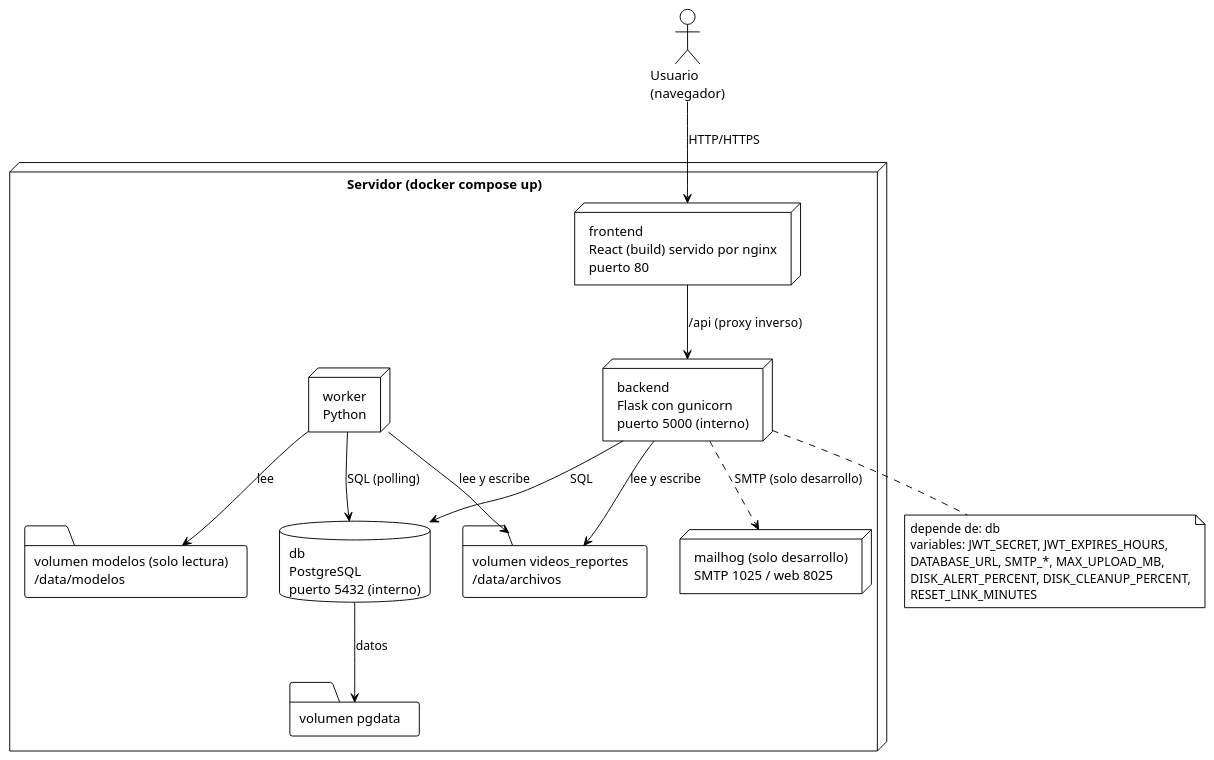
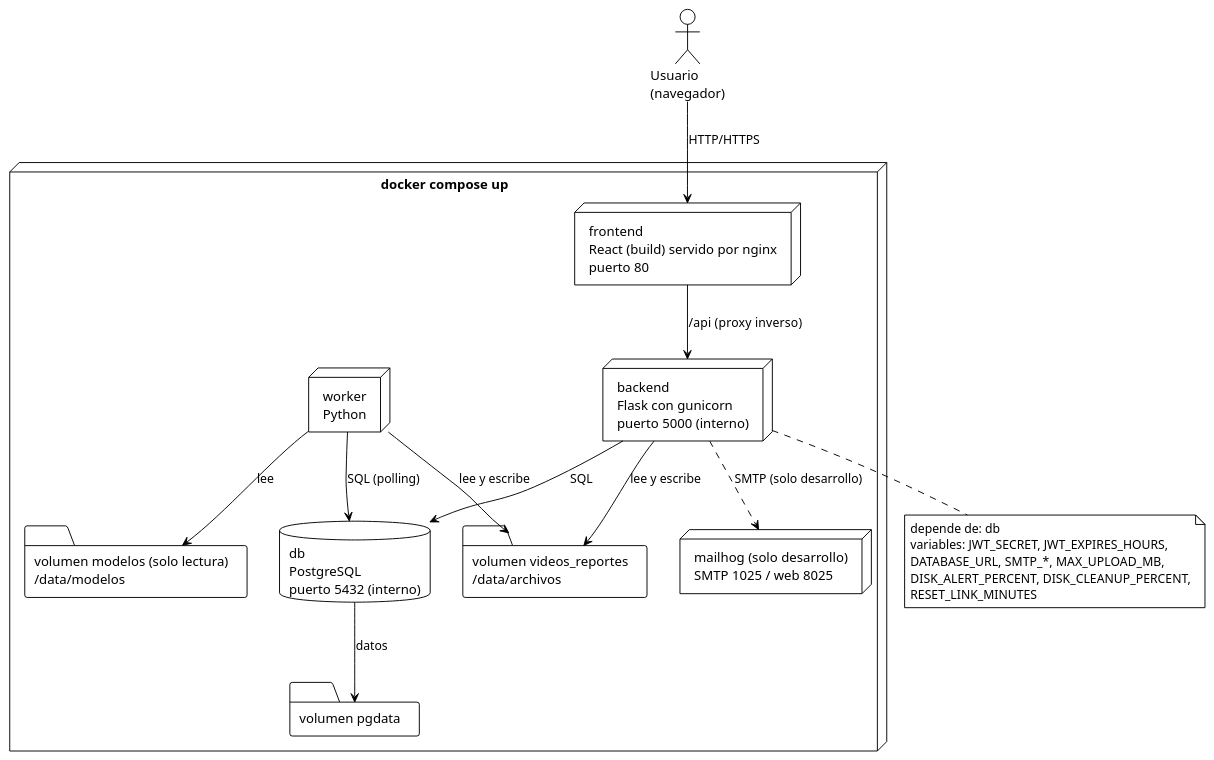
One commit to ErickJester/fst-ai-system-latex changed the tenth of 38 diagrams in INSTRUCCIONES-WEB.md. Above: the diagram before and after it, drawn with PlantUML. The commit also changed other lines of this file and 33 other files, not shown here.

````diff
--- a/INSTRUCCIONES-WEB.md
+++ b/INSTRUCCIONES-WEB.md
@@ -1111,39 +1111,39 @@
 ```plantuml
-@startuml despliegue_docker
+@startuml contenedores_docker
 !theme plain
 skinparam defaultFontName Arial
 skinparam shadowing false
 skinparam BackgroundColor White
 
 actor "Usuario\n(navegador)" as U
 
-node "Servidor (docker compose up)" {
+node "docker compose up" {
   node "frontend\nReact (build) servido por nginx\npuerto 80" as fe
   node "backend\nFlask con gunicorn\npuerto 5000 (interno)" as be
   node "worker\nPython" as wk
   database "db\nPostgreSQL\npuerto 5432 (interno)" as db
   node "mailhog (solo desarrollo)\nSMTP 1025 / web 8025" as ml
   folder "volumen videos_reportes\n/data/archivos" as vf
   folder "volumen modelos (solo lectura)\n/data/modelos" as vm
   folder "volumen pgdata" as vp
 }
 
 U --> fe : HTTP/HTTPS
 fe --> be : /api  (proxy inverso)
 be --> db : SQL
 wk --> db : SQL (polling)
 be --> vf : lee y escribe
 wk --> vf : lee y escribe
 wk --> vm : lee
 db --> vp : datos
 be ..> ml : SMTP (solo desarrollo)
 
 note bottom of be
   depende de: db
   variables: JWT_SECRET, JWT_EXPIRES_HOURS,
   DATABASE_URL, SMTP_*, MAX_UPLOAD_MB,
   DISK_ALERT_PERCENT, DISK_CLEANUP_PERCENT,
   RESET_LINK_MINUTES
 end note
 @enduml
 ```
````
